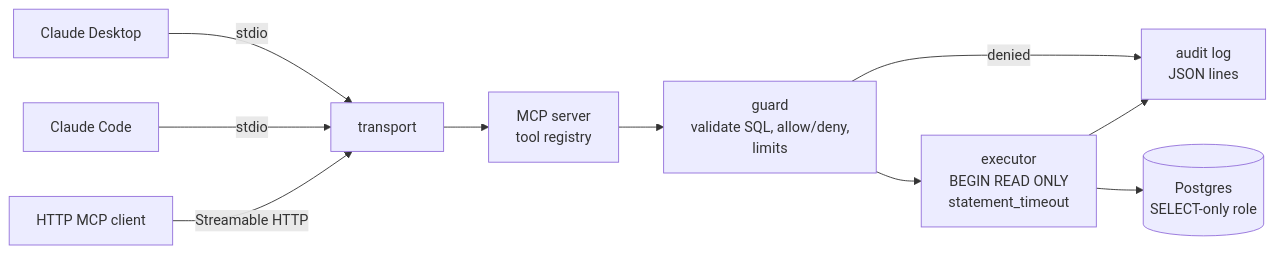
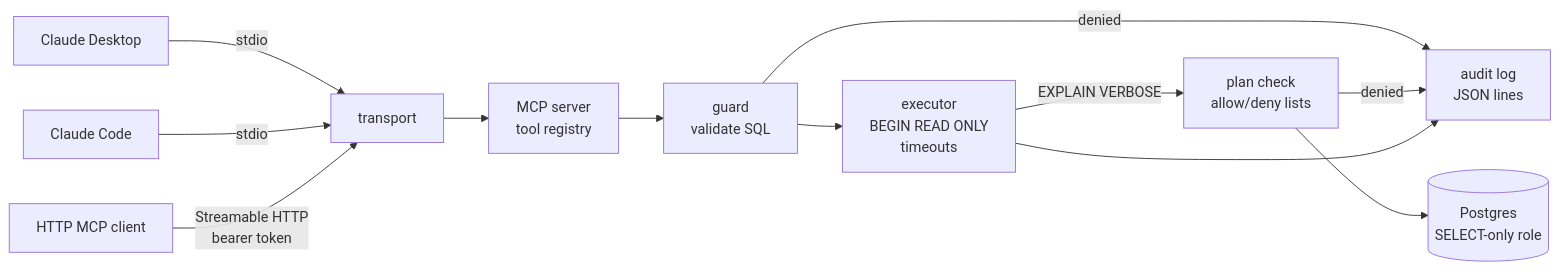
Before and after one commit to hasnatsajid/mcp-db-server: the diagram in README.md, drawn with Mermaid. The commit also changed other lines of this file and 8 other files, not shown here.

First line of the commit message:
Add sample database, read-only role, integration CI and docs

````diff
--- a/README.md
+++ b/README.md
@@ -38,12 +86,14 @@
 ```mermaid
 flowchart LR
     CD[Claude Desktop] -->|stdio| T
     CC[Claude Code] -->|stdio| T
-    HC[HTTP MCP client] -->|Streamable HTTP| T
+    HC[HTTP MCP client] -->|Streamable HTTP<br/>bearer token| T
     T[transport] --> M[MCP server<br/>tool registry]
-    M --> G[guard<br/>validate SQL, allow/deny,<br/>limits]
+    M --> G[guard<br/>validate SQL]
     G -->|denied| AU
-    G --> X[executor<br/>BEGIN READ ONLY<br/>statement_timeout]
-    X --> PG[(Postgres<br/>SELECT-only role)]
+    G --> X[executor<br/>BEGIN READ ONLY<br/>timeouts]
+    X -->|EXPLAIN VERBOSE| P[plan check<br/>allow/deny lists]
+    P -->|denied| AU
+    P --> PG[(Postgres<br/>SELECT-only role)]
     X --> AU[audit log<br/>JSON lines]
 ```
````
